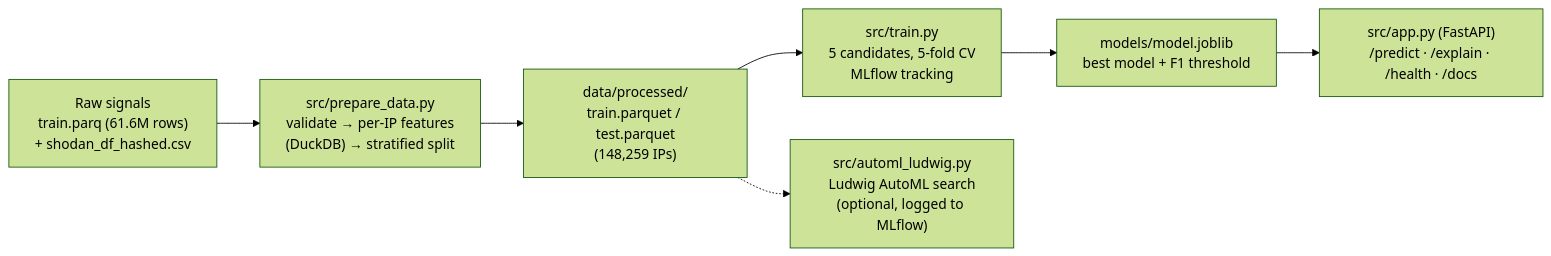
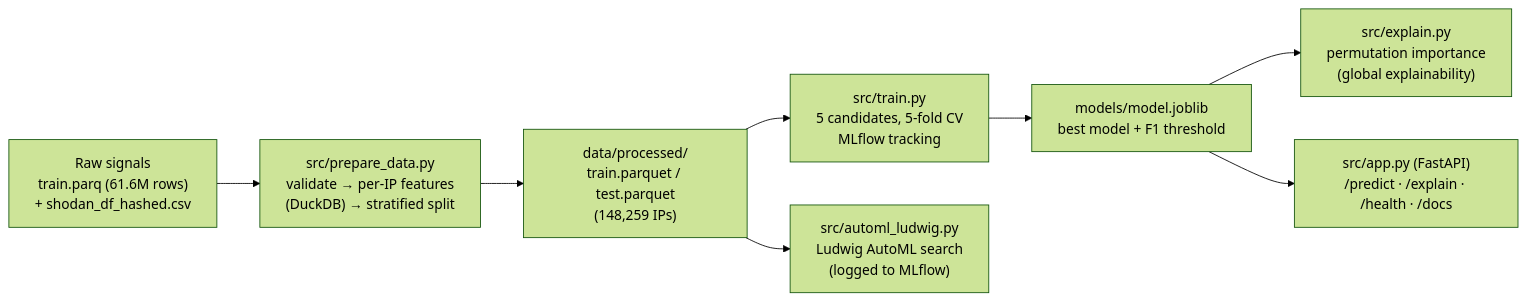
The diagram in README.md (uzair-khiiba/VPN-Classifier-MLOps), drawn with Mermaid (forest theme) before and after one commit. The commit also changed other lines of this file and 8 other files, not shown here.

First line of the commit message:
feat: global explainability with permutation importance

````diff
--- a/README.md
+++ b/README.md
@@ -12,9 +12,10 @@
 ```mermaid
 flowchart LR
     A["Raw signals<br/>train.parq (61.6M rows)<br/>+ shodan_df_hashed.csv"] --> B["src/prepare_data.py<br/>validate → per-IP features<br/>(DuckDB) → stratified split"]
     B --> C["data/processed/<br/>train.parquet / test.parquet<br/>(148,259 IPs)"]
     C --> D["src/train.py<br/>5 candidates, 5-fold CV<br/>MLflow tracking"]
-    C -.-> L["src/automl_ludwig.py<br/>Ludwig AutoML search<br/>(optional, logged to MLflow)"]
+    C --> L["src/automl_ludwig.py<br/>Ludwig AutoML search<br/>(logged to MLflow)"]
+    E --> X["src/explain.py<br/>permutation importance<br/>(global explainability)"]
     D --> E["models/model.joblib<br/>best model + F1 threshold"]
     E --> F["src/app.py (FastAPI)<br/>/predict · /explain · /health · /docs"]
 ```
````
